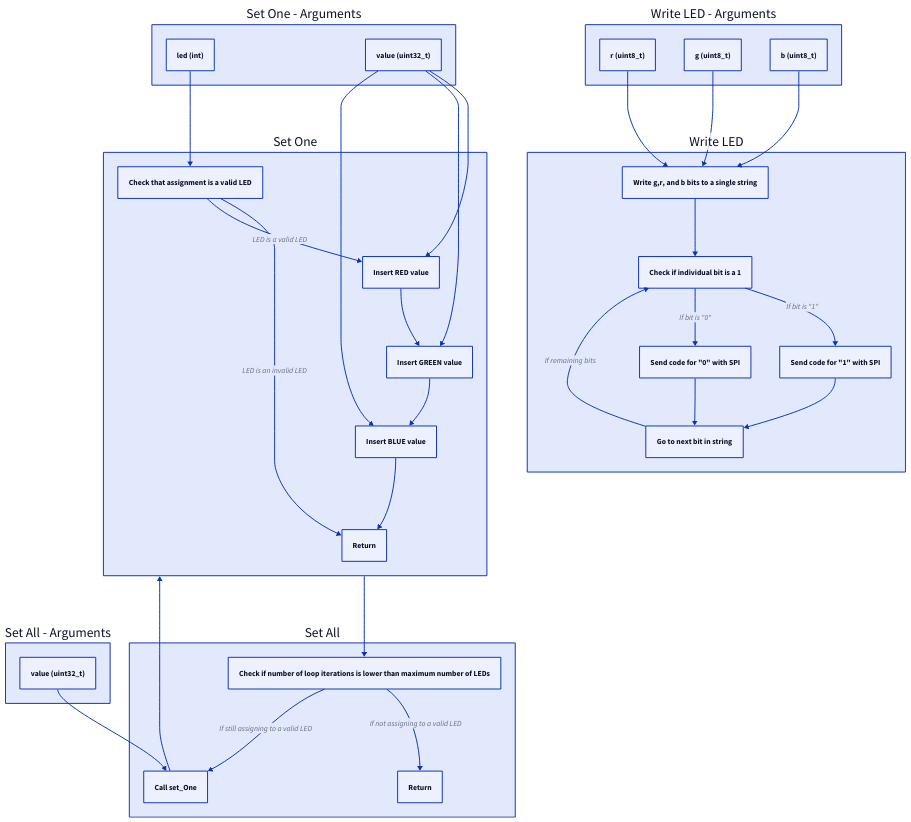
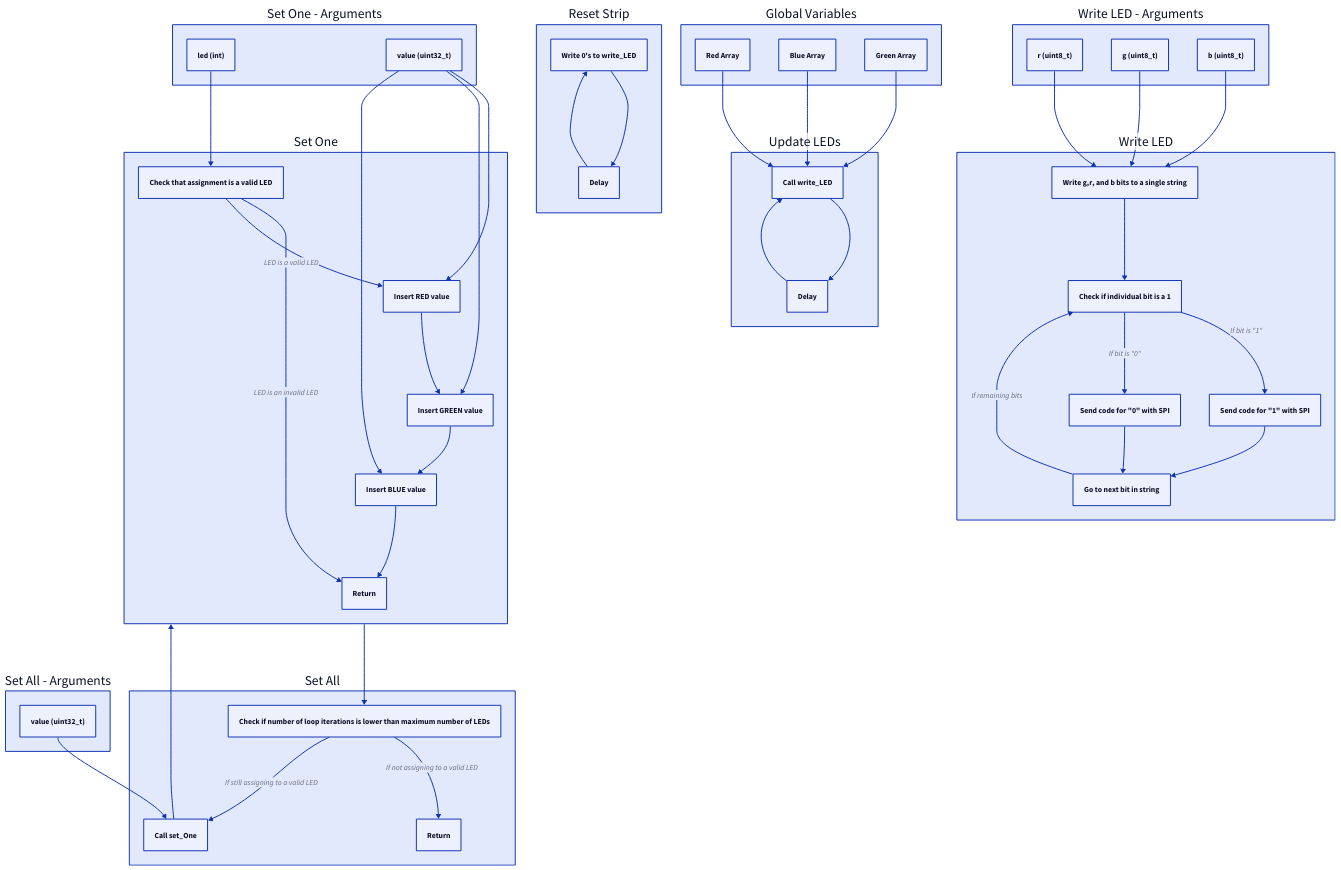
The diagram in docs/leds_flowchart.d2 (ncsurobotics/SW8E-MEB-Software), drawn with D2 before and after one commit. The commit also changed 1 other file, not shown here.

Commit message:
Add update_leds and reset_strip to flowchart

```diff
--- a/docs/leds_flowchart.d2
+++ b/docs/leds_flowchart.d2
@@ -1,61 +1,85 @@
+vars_global: Global Variables {
+	red: Red Array
+	blue: Blue Array
+	green: Green Array
+}
+
 args_set_one: Set One - Arguments {
 	led: led (int)
 	value: value (uint32_t)
 }
 fnc_set_one: Set One {
 	bounds_chk: Check that assignment is a valid LED
 	assign_red: Insert RED value
 	assign_grn: Insert GREEN value
 	assign_blu: Insert BLUE value
 	return: Return
 
 	bounds_chk -> return: LED is an invalid LED
 	bounds_chk -> assign_red: LED is a valid LED
 	assign_red -> assign_grn
 	assign_grn -> assign_blu
 	assign_blu -> return
 }
 args_set_one.led -> fnc_set_one.bounds_chk
 args_set_one.value -> fnc_set_one.assign_red
 args_set_one.value -> fnc_set_one.assign_grn
 args_set_one.value -> fnc_set_one.assign_blu
 
 args_set_all: Set All - Arguments {
 	value: value (uint32_t)
 }
 fnc_set_all: Set All {
 	loop_con_chk: Check if number of loop iterations is lower than maximum number of LEDs
 	call: Call set_One
 	return: Return
 
 	loop_con_chk -> return: If not assigning to a valid LED
 	loop_con_chk -> call: If still assigning to a valid LED
 }
 args_set_all.value -> fnc_set_all.call
 fnc_set_all.call -> fnc_set_one
 fnc_set_one -> fnc_set_all.loop_con_chk
 
 args_write_LED: Write LED - Arguments {
 	r_value: r (uint8_t)
 	g_value: g (uint8_t)
 	b_value: b (uint8_t)
 }
 
 fnc_write_LED: Write LED {
 	split_g_r_b_channels: Write g,r, and b bits to a single string
 	check_if_1: Check if individual bit is a 1
 	send_1_code: Send code for "1" with SPI
 	send_0_code: Send code for "0" with SPI
 	goto_next_bit: Go to next bit in string
 
 	split_g_r_b_channels -> check_if_1
 	check_if_1 -> send_1_code: If bit is "1"
 	check_if_1 -> send_0_code: If bit is "0"
 	send_1_code -> goto_next_bit
 	send_0_code -> goto_next_bit
 	goto_next_bit -> check_if_1: If remaining bits
 }
 
 args_write_LED.r_value -> fnc_write_LED.split_g_r_b_channels
 args_write_LED.g_value -> fnc_write_LED.split_g_r_b_channels
 args_write_LED.b_value -> fnc_write_LED.split_g_r_b_channels
+
+fnc_update_LEDs: Update LEDs {
+	call_write_led: Call write_LED
+	delay: Delay
+	call_write_led -> delay
+	delay -> call_write_led
+}
+
+vars_global.red -> fnc_update_LEDS.call_write_led
+vars_global.green -> fnc_update_LEDS.call_write_led
+vars_global.blue -> fnc_update_LEDS.call_write_led
+
+fnc_reset_strip: Reset Strip {
+	call_write_led: Write 0's to write_LED
+	delay: Delay
+	call_write_led -> delay
+	delay -> call_write_led
+}
```
